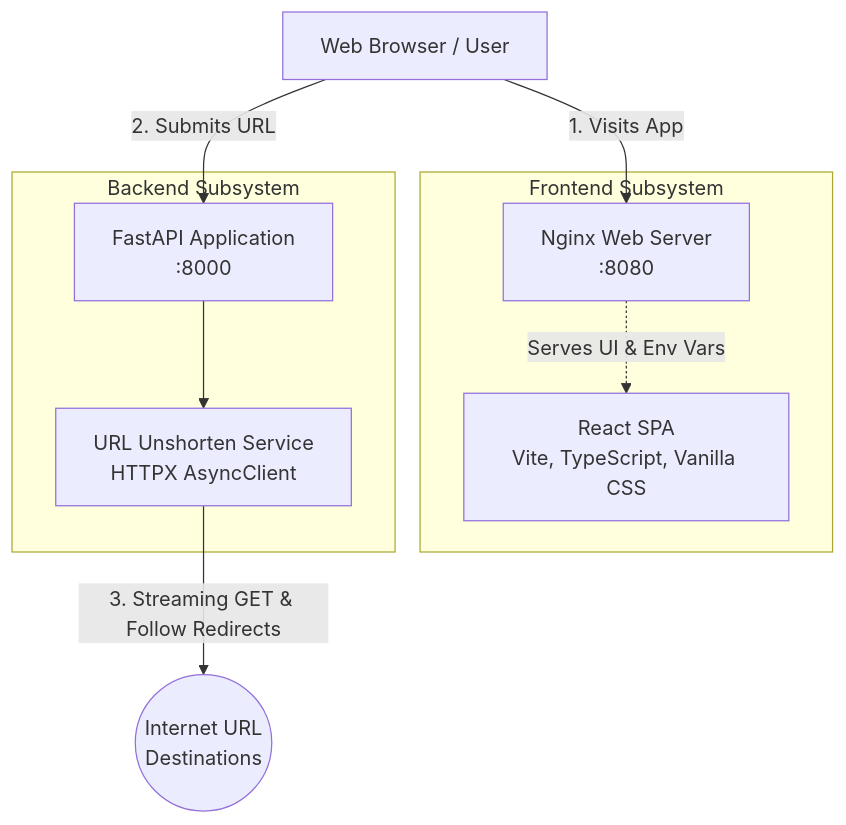
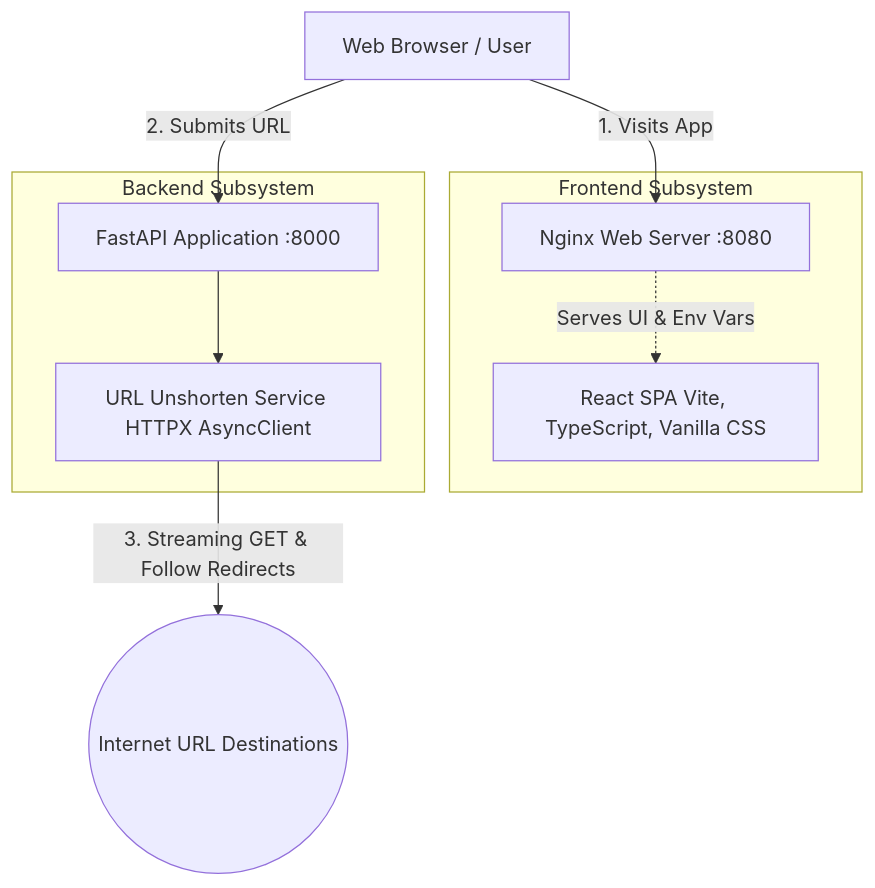
One commit to tirthankarkundu17/unshorten-it changed the first of 3 diagrams in docs/architecture.md. Above: the diagram before and after it, drawn with Mermaid. The commit also changed other lines of this file and 2 other files, not shown here.

````diff
--- a/docs/architecture.md
+++ b/docs/architecture.md
@@ -11,22 +11,22 @@
 ```mermaid
 graph TD
     Client[Web Browser / User]
     
     subgraph Frontend Subsystem
-        Nginx[Nginx Web Server\n:8080]
-        ReactUI[React SPA\nVite, TypeScript, Vanilla CSS]
+        Nginx[Nginx Web Server :8080]
+        ReactUI[React SPA Vite, TypeScript, Vanilla CSS]
         Nginx -.->|Serves UI & Env Vars| ReactUI
     end
     
     subgraph Backend Subsystem
-        FastAPI[FastAPI Application\n:8000]
-        URLService[URL Unshorten Service\nHTTPX AsyncClient]
+        FastAPI[FastAPI Application :8000]
+        URLService[URL Unshorten Service HTTPX AsyncClient]
         FastAPI --> URLService
     end
     
-    Internet((Internet URL\nDestinations))
+    Internet((Internet URL Destinations))
     
     Client -->|1. Visits App| Nginx
     Client -->|2. Submits URL| FastAPI
     URLService -->|3. Streaming GET & Follow Redirects| Internet
 ```
````
